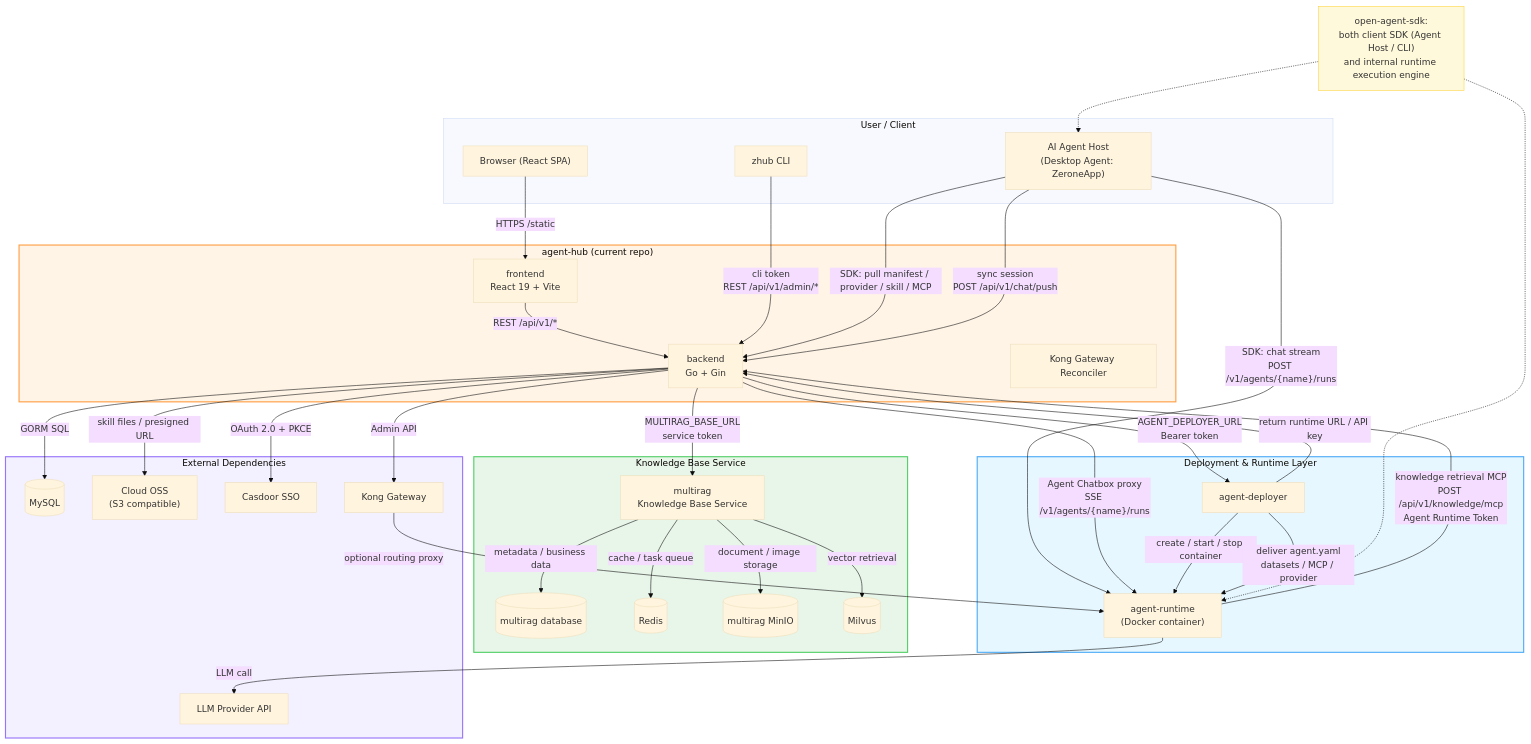
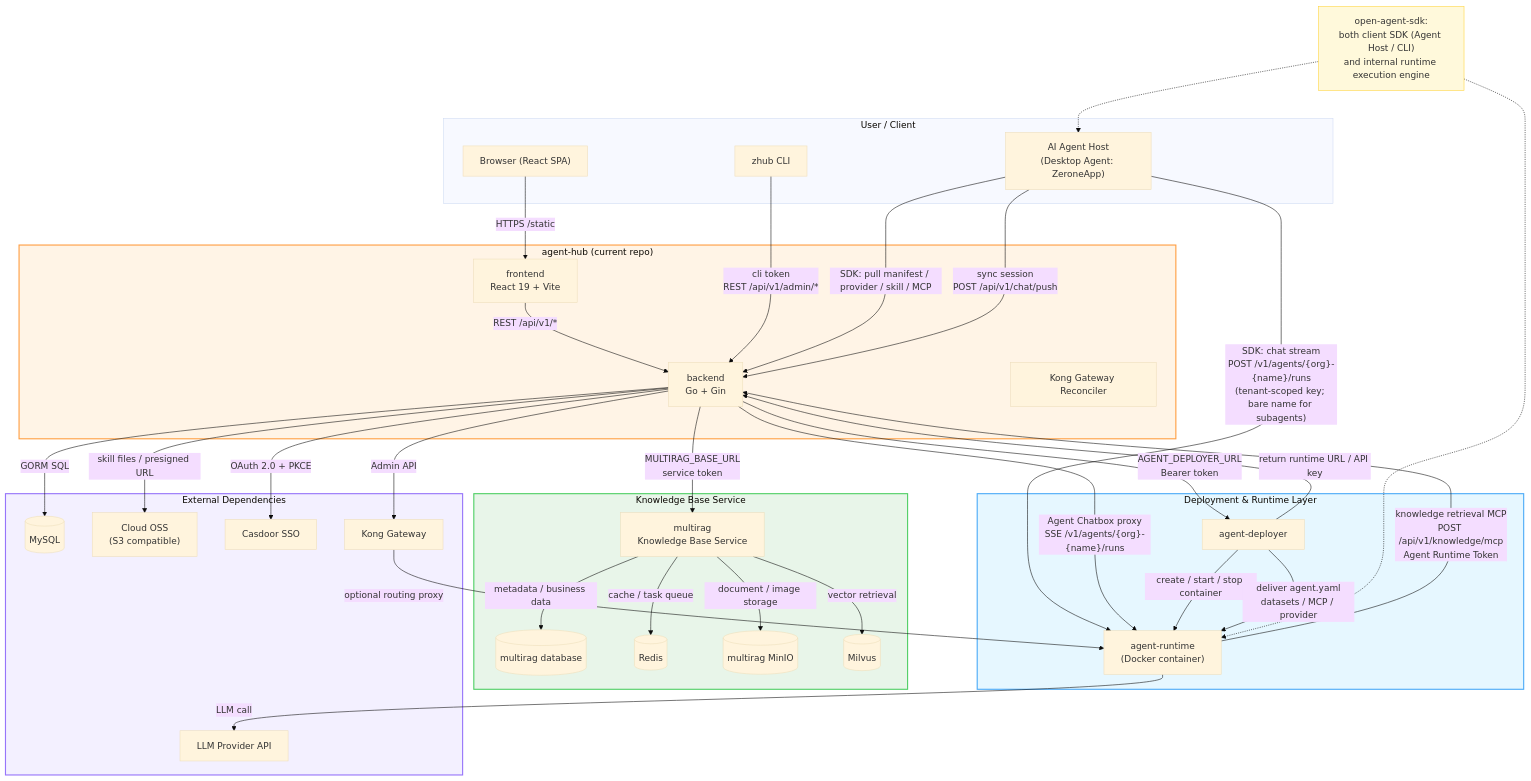
One commit to zerone-agents/agent-hub changed the diagram in docs/architecture.md. Above: the diagram before and after it, drawn with Mermaid (base theme). The commit also changed other lines of this file and 7 other files, not shown here.

````diff
--- a/docs/architecture.md
+++ b/docs/architecture.md
@@ -7,74 +7,74 @@
 ```mermaid
 flowchart TB
     subgraph Clients["User / Client"]
         Browser["Browser (React SPA)"]
         AgentHost["AI Agent Host<br/>(Desktop Agent: ZeroneApp)"]
         CLI["zhub CLI"]
     end
 
     subgraph Console["agent-hub (current repo)"]
         FE["frontend<br/>React 19 + Vite"]
         BE["backend<br/>Go + Gin"]
         KongReconciler["Kong Gateway Reconciler"]
     end
 
     subgraph DeployRun["Deployment & Runtime Layer"]
         Deployer["agent-deployer"]
         Runtime["agent-runtime<br/>(Docker container)"]
     end
 
     subgraph KnowledgeBase["Knowledge Base Service"]
         MultiRAG["multirag<br/>Knowledge Base Service"]
         RagDB[(multirag database)]
         RagRedis[(Redis)]
         RagMinIO[(multirag MinIO)]
         Milvus[(Milvus)]
     end
 
     subgraph External["External Dependencies"]
         MySQL[(MySQL)]
         CloudOSS["Cloud OSS<br/>(S3 compatible)"]
         Casdoor["Casdoor SSO"]
         Kong["Kong Gateway"]
         LLM["LLM Provider API"]
     end
 
     Browser -->|"HTTPS /static"| FE
     FE -->|"REST /api/v1/*"| BE
     CLI -->|"cli token<br/>REST /api/v1/admin/*"| BE
 
     AgentHost -->|"SDK: pull manifest / provider / skill / MCP"| BE
-    AgentHost -->|"SDK: chat stream<br/>POST /v1/agents/{name}/runs"| Runtime
+    AgentHost -->|"SDK: chat stream<br/>POST /v1/agents/{org}-{name}/runs<br/>(tenant-scoped key; bare name for subagents)"| Runtime
     AgentHost -->|"sync session<br/>POST /api/v1/chat/push"| BE
 
-    BE -->|"Agent Chatbox proxy<br/>SSE /v1/agents/{name}/runs"| Runtime
+    BE -->|"Agent Chatbox proxy<br/>SSE /v1/agents/{org}-{name}/runs"| Runtime
     BE -->|"GORM SQL"| MySQL
     BE -->|"skill files / presigned URL"| CloudOSS
     BE -->|"OAuth 2.0 + PKCE"| Casdoor
     BE -->|"AGENT_DEPLOYER_URL<br/>Bearer token"| Deployer
     BE -->|"MULTIRAG_BASE_URL<br/>service token"| MultiRAG
     MultiRAG -->|"metadata / business data"| RagDB
     MultiRAG -->|"cache / task queue"| RagRedis
     MultiRAG -->|"document / image storage"| RagMinIO
     MultiRAG -->|"vector retrieval"| Milvus
     BE -->|"Admin API"| Kong
 
     Deployer -->|"create / start / stop container"| Runtime
     Deployer -->|"deliver agent.yaml<br/>datasets / MCP / provider"| Runtime
     Deployer -->|"return runtime URL / API key"| BE
 
     Runtime -->|"knowledge retrieval MCP<br/>POST /api/v1/knowledge/mcp<br/>Agent Runtime Token"| BE
     Runtime -->|"LLM call"| LLM
 
     Kong -->|"optional routing proxy"| Runtime
 
     Note["open-agent-sdk:<br/>both client SDK (Agent Host / CLI)<br/>and internal runtime execution engine"]
     Note -.-> AgentHost
     Note -.-> Runtime
 
     style Console fill:#fff4e6,stroke:#ff9f43,stroke-width:2px
     style DeployRun fill:#e6f7ff,stroke:#4dabf7,stroke-width:2px
     style KnowledgeBase fill:#e8f5e9,stroke:#51cf66,stroke-width:2px
     style External fill:#f3f0ff,stroke:#9775fa,stroke-width:2px
     style Note fill:#fff9db,stroke:#ffd43b
 ```
````
